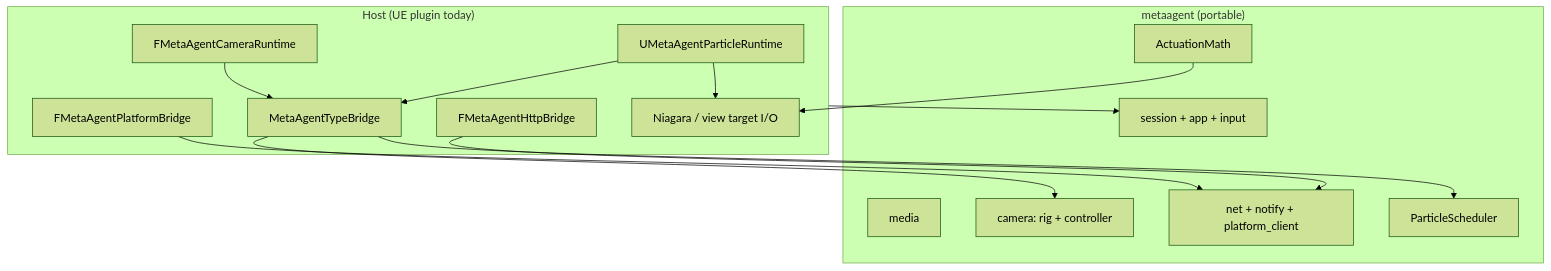
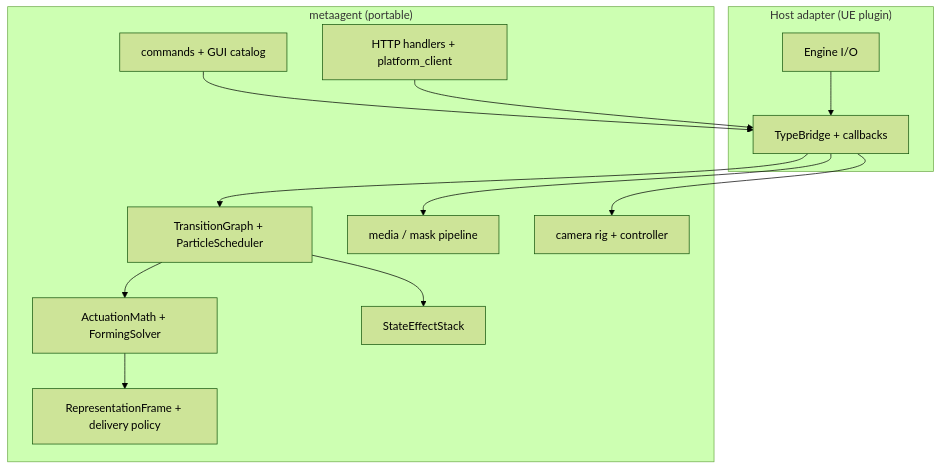
Before and after one commit to vecnode/metaagent-ue5-plugin: the diagram in metaagent/README.md, drawn with Mermaid (forest theme). The commit also changed other lines of this file and 10 other files, not shown here.

````diff
--- a/metaagent/README.md
+++ b/metaagent/README.md
@@ -23,28 +17,27 @@
 ```mermaid
 flowchart TB
-    subgraph Host["Host (UE plugin today)"]
-        RT[UMetaAgentParticleRuntime]
-        TB[MetaAgentTypeBridge]
-        CamHost[FMetaAgentCameraRuntime]
-        HttpIn[FMetaAgentHttpBridge]
-        HttpOut[FMetaAgentPlatformBridge]
-        NIAG[Niagara / view target I/O]
+    subgraph Host["Host adapter (UE plugin)"]
+        IO[Engine I/O]
+        Bridge[TypeBridge + callbacks]
     end
 
     subgraph Core["metaagent (portable)"]
-        Media[media]
-        Cam[camera: rig + controller]
-        Net[net + notify + platform_client]
-        Sess[session + app + input]
-        Sched[ParticleScheduler]
-        Act[ActuationMath]
+        FSM[TransitionGraph + ParticleScheduler]
+        Act[ActuationMath + FormingSolver]
+        Rep[RepresentationFrame + delivery policy]
+        FX[StateEffectStack]
+        Media[media / mask pipeline]
+        Cam[camera rig + controller]
+        App[commands + GUI catalog]
+        Net[HTTP handlers + platform_client]
     end
 
-    RT --> TB --> Sched
-    CamHost --> TB --> Cam
-    HttpIn --> Net
-    HttpOut --> Net
-    Host --> Sess
-    RT --> NIAG
-    Act --> NIAG
+    IO --> Bridge
+    Bridge --> FSM
+    FSM --> Act --> Rep
+    FSM --> FX
+    Bridge --> Media
+    Bridge --> Cam
+    App --> Bridge
+    Net --> Bridge
 ```
````
